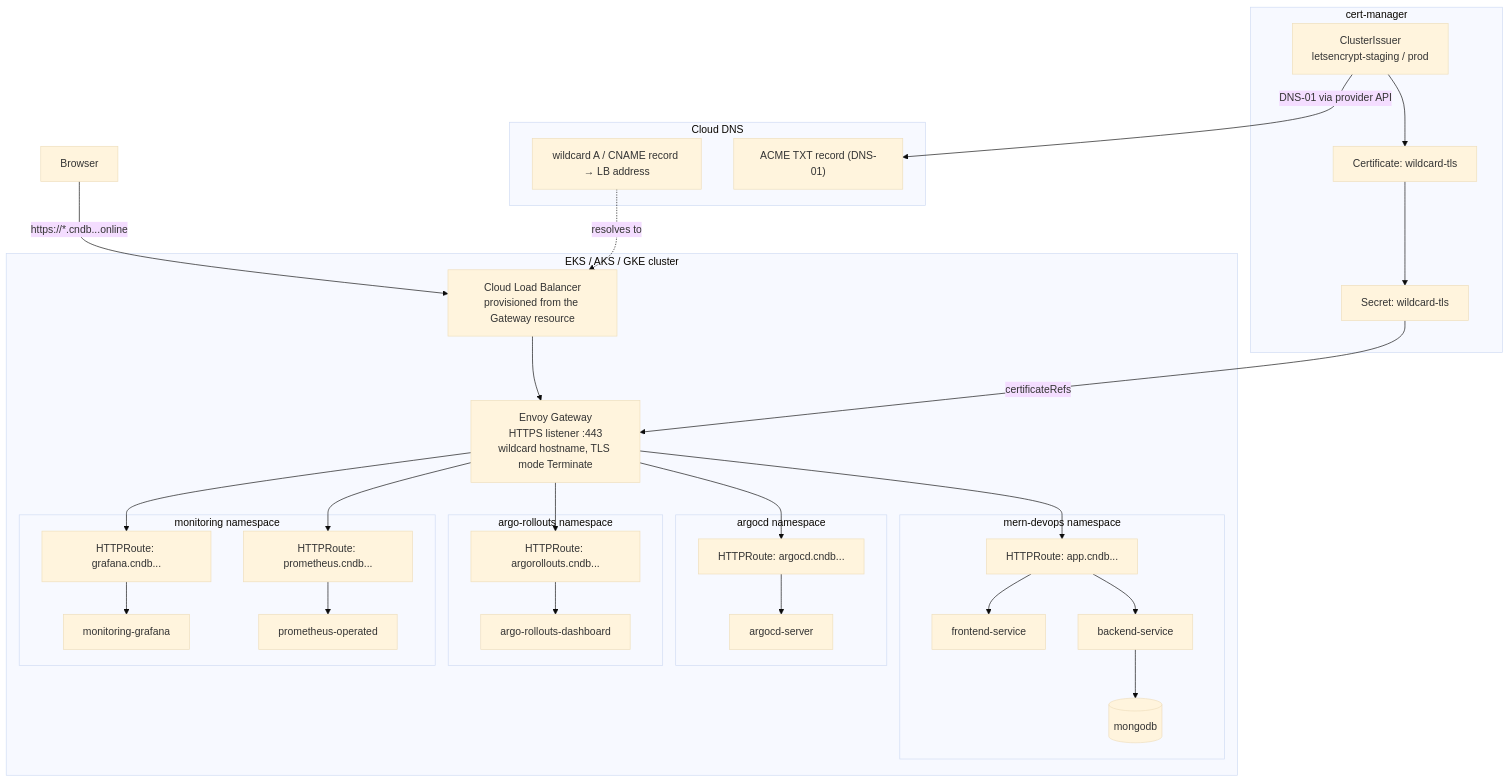
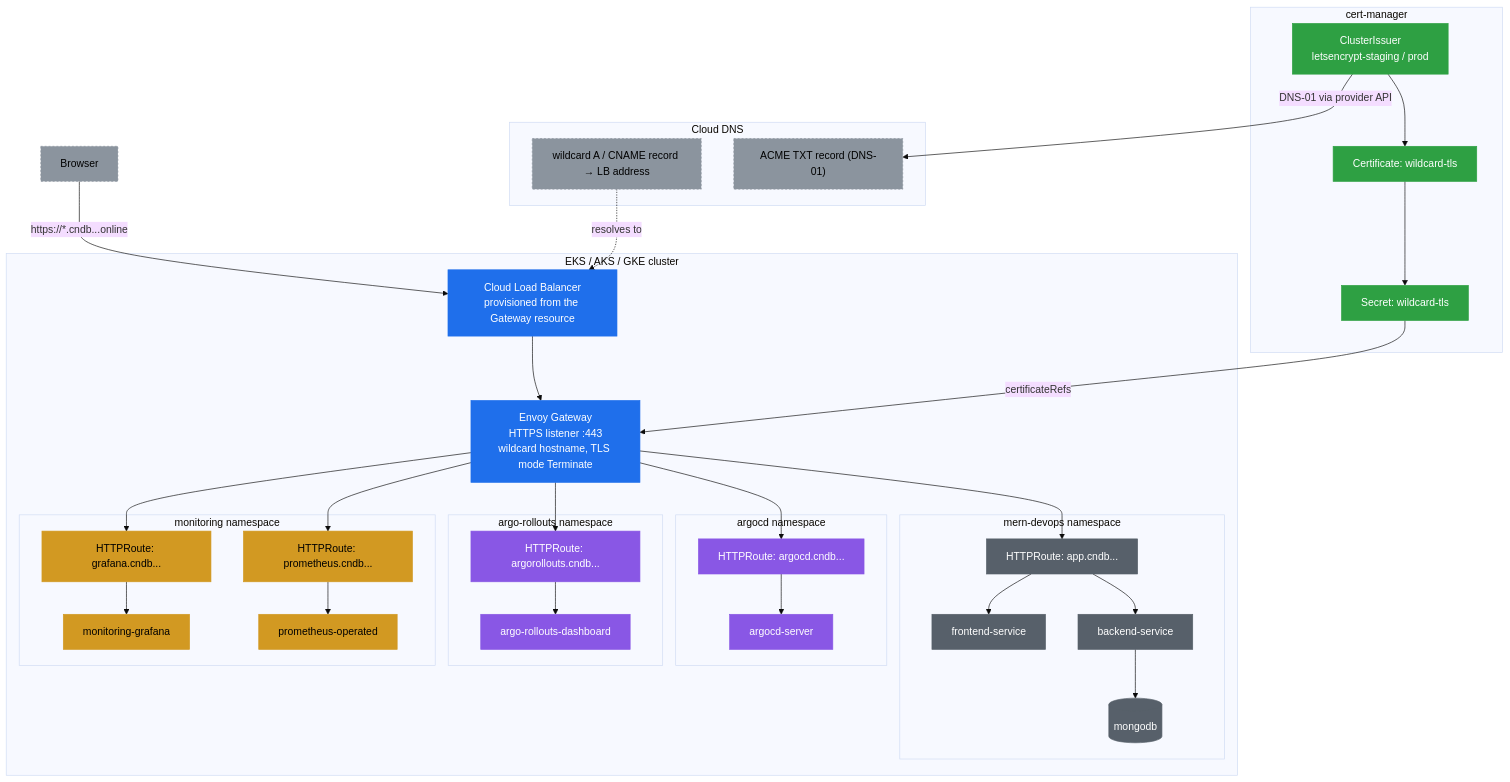
One commit to atkaridarshan04/cloudnative-devops-blueprint changed the first of 3 diagrams in README.md. Above: the diagram before and after it, drawn with Mermaid (base theme). The commit also changed other lines of this file and 24 other files, not shown here.

Commit message:
docs: fix doc/manifest mismatches, trim noisy comments, improve diagrams, reorganize assets, drop dead config

````diff
--- a/README.md
+++ b/README.md
@@ -52,56 +52,70 @@
 ```mermaid
 flowchart TD
     Browser[Browser] -->|"https://*.cndb...online"| LB
 
     subgraph "Cloud DNS"
         DNSRec["wildcard A / CNAME record → LB address"]
         TXT["ACME TXT record (DNS-01)"]
     end
 
     subgraph "EKS / AKS / GKE cluster"
         LB[Cloud Load Balancer<br/>provisioned from the Gateway resource]
         GW[Envoy Gateway<br/>HTTPS listener :443<br/>wildcard hostname, TLS mode Terminate]
 
         subgraph "mern-devops namespace"
             AppRoute[HTTPRoute: app.cndb...]
             FE[frontend-service]
             BE[backend-service]
             DB[(mongodb)]
         end
 
         subgraph "argocd namespace"
             ArgoRoute[HTTPRoute: argocd.cndb...]
             ArgoSvc[argocd-server]
         end
 
         subgraph "argo-rollouts namespace"
             RolloutsRoute[HTTPRoute: argorollouts.cndb...]
             RolloutsSvc[argo-rollouts-dashboard]
         end
 
         subgraph "monitoring namespace"
             GrafanaRoute[HTTPRoute: grafana.cndb...]
             PromRoute[HTTPRoute: prometheus.cndb...]
             GrafanaSvc[monitoring-grafana]
             PromSvc[prometheus-operated]
         end
     end
 
     subgraph "cert-manager"
         CI[ClusterIssuer<br/>letsencrypt-staging / prod]
         Cert[Certificate: wildcard-tls]
         Secret[Secret: wildcard-tls]
     end
 
     LB --> GW
     GW --> AppRoute --> FE
     AppRoute --> BE --> DB
     GW --> ArgoRoute --> ArgoSvc
     GW --> RolloutsRoute --> RolloutsSvc
     GW --> GrafanaRoute --> GrafanaSvc
     GW --> PromRoute --> PromSvc
 
     DNSRec -.->|resolves to| LB
     CI -->|DNS-01 via provider API| TXT
     CI --> Cert --> Secret -->|certificateRefs| GW
+
+    classDef gateway fill:#1f6feb,color:#fff,stroke:#1f6feb
+    classDef certmgr fill:#2ea043,color:#fff,stroke:#2ea043
+    classDef argocd fill:#8957e5,color:#fff,stroke:#8957e5
+    classDef monitoring fill:#d29922,color:#000,stroke:#d29922
+    classDef app fill:#57606a,color:#fff,stroke:#57606a
+    classDef external fill:#8b949e,color:#000,stroke:#8b949e,stroke-dasharray: 3 3
+
+    class Browser,DNSRec,TXT external
+    class LB,GW gateway
+    class AppRoute,FE,BE,DB app
+    class ArgoRoute,ArgoSvc,RolloutsRoute,RolloutsSvc argocd
+    class GrafanaRoute,PromRoute,GrafanaSvc,PromSvc monitoring
+    class CI,Cert,Secret certmgr
 ```
````
